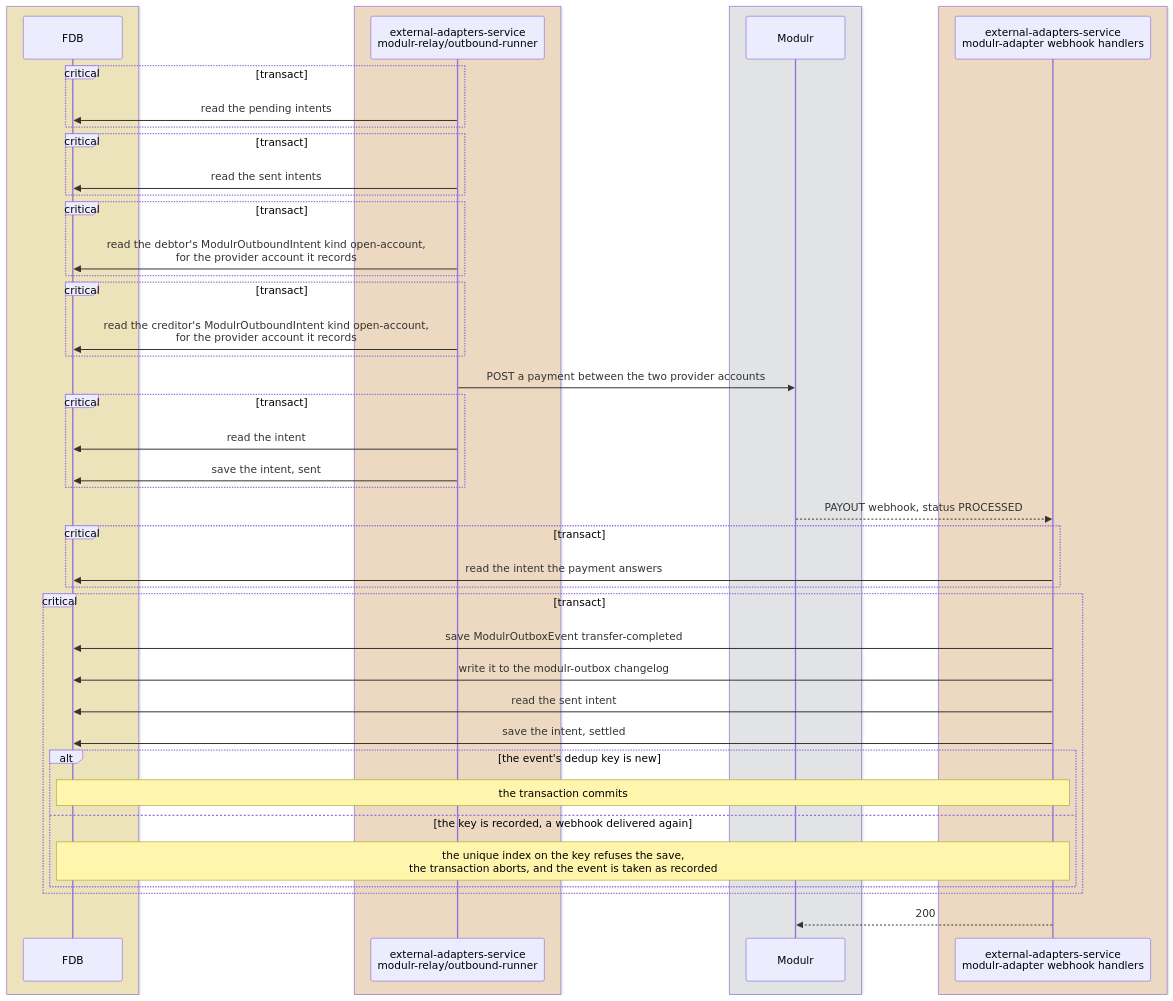
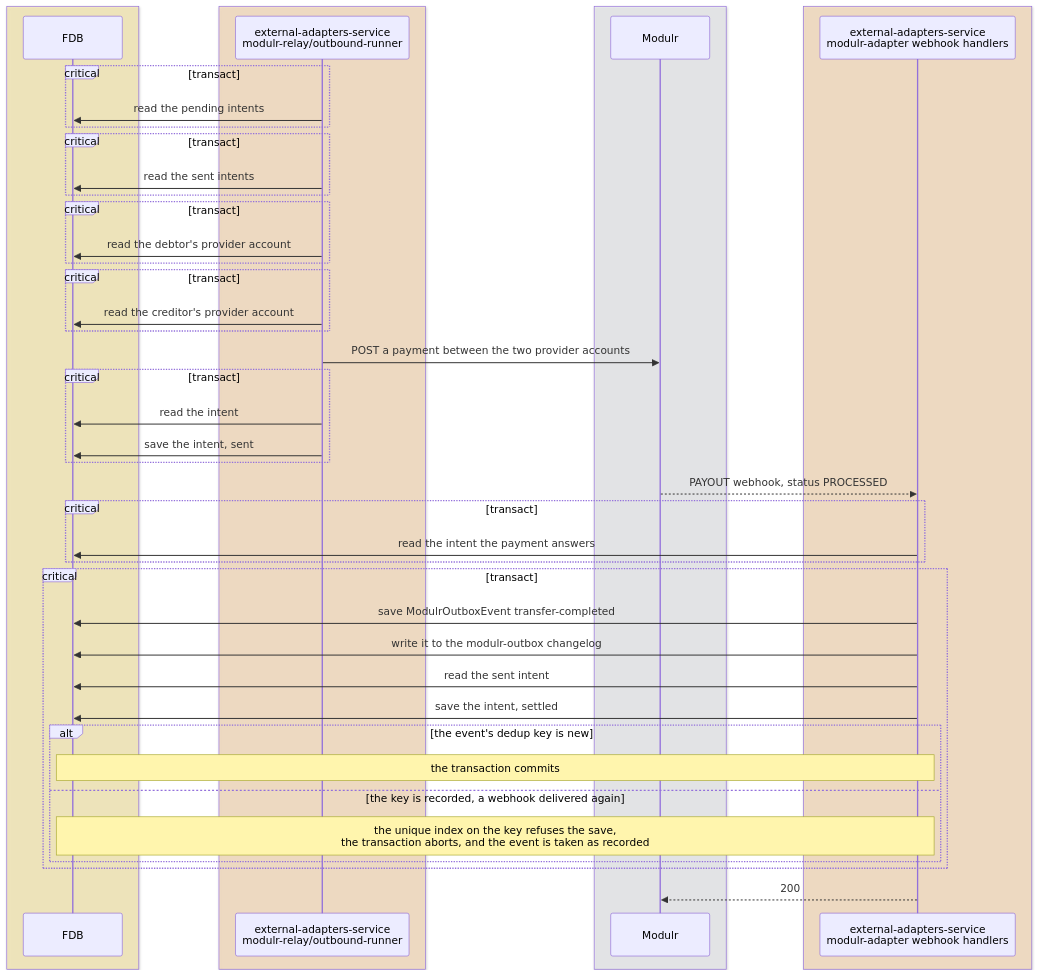
The sixth of 7 diagrams in docs/tdd/payments-internal.md (repldriven/queenswood), drawn with Mermaid before and after one commit. The commit also changed other lines of this file, not shown here.

Commit message:
Say a transfer reads each account's provider account

````diff
--- a/docs/tdd/payments-internal.md
+++ b/docs/tdd/payments-internal.md
@@ -329,48 +329,48 @@
 ```mermaid
 sequenceDiagram
     box rgba(255, 236, 153, 0.5)
     participant DB as FDB
     end
     box rgba(255, 216, 168, 0.5)
     participant IP as external-adapters-service<br/>modulr-relay/outbound-runner
     end
     box rgba(233, 236, 239, 0.5)
     participant PR as Modulr
     end
     box rgba(255, 216, 168, 0.5)
     participant WH as external-adapters-service<br/>modulr-adapter webhook handlers
     end
     critical transact
     IP->>DB: read the pending intents
     end
     critical transact
     IP->>DB: read the sent intents
     end
     critical transact
-    IP->>DB: read the debtor's ModulrOutboundIntent kind open-account,<br/>for the provider account it records
+    IP->>DB: read the debtor's provider account
     end
     critical transact
-    IP->>DB: read the creditor's ModulrOutboundIntent kind open-account,<br/>for the provider account it records
+    IP->>DB: read the creditor's provider account
     end
     IP->>PR: POST a payment between the two provider accounts
     critical transact
     IP->>DB: read the intent
     IP->>DB: save the intent, sent
     end
     PR-->>WH: PAYOUT webhook, status PROCESSED
     critical transact
     WH->>DB: read the intent the payment answers
     end
     critical transact
     WH->>DB: save ModulrOutboxEvent transfer-completed
     WH->>DB: write it to the modulr-outbox changelog
     WH->>DB: read the sent intent
     WH->>DB: save the intent, settled
     alt the event's dedup key is new
     Note over WH,DB: the transaction commits
     else the key is recorded, a webhook delivered again
     Note over WH,DB: the unique index on the key refuses the save,<br/>the transaction aborts, and the event is taken as recorded
     end
     end
     WH-->>PR: 200
 ```
````
